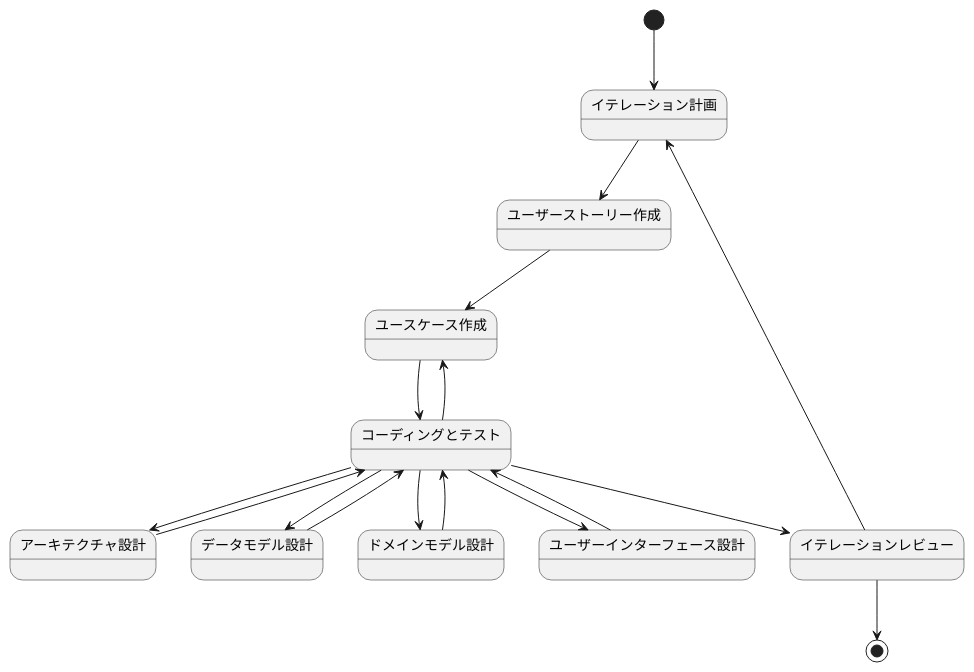
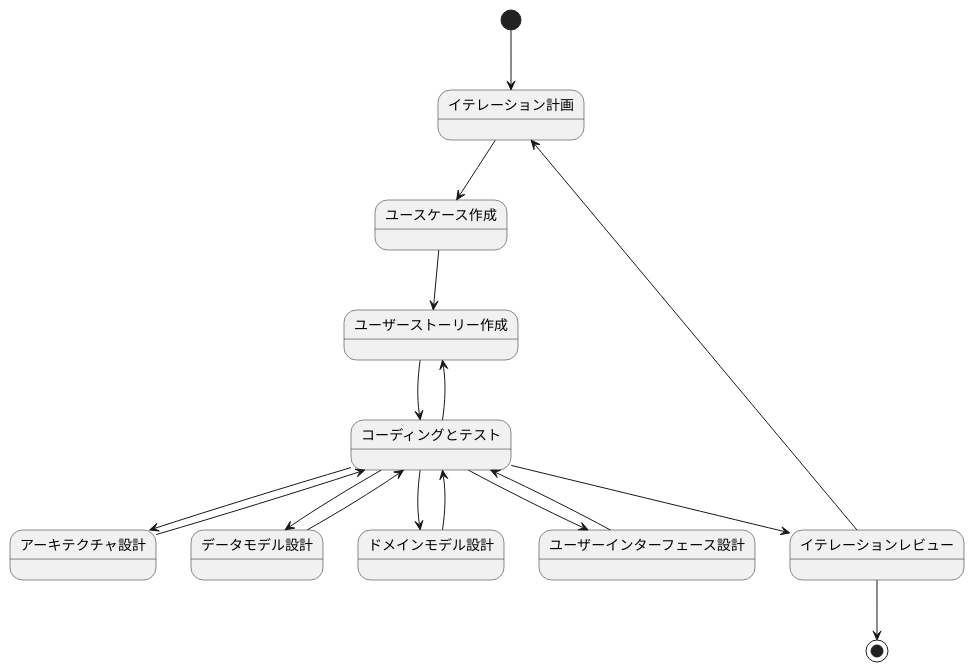
The fifth of 12 diagrams in docs/reference/開発ガイド.md (k2works/ai-programing-exercise), drawn with PlantUML before and after one commit. The commit also changed 1 other file, not shown here.

Commit message:
docs(reference): add detailed coding and testing guide
- Create "コーディングとテストガイド" with TDD principles, best practices, and process overviews
- Include detailed examples of Red-Green-Refactor cycles and testing approaches
- Document iteration workflows, test pyramids, and continuous quality management methods
- Refactor "開発ガイド" process diagram for consistency and logical flow
- Enhance overall documentation clarity and comprehensiveness

````diff
--- a/docs/reference/開発ガイド.md
+++ b/docs/reference/開発ガイド.md
@@ -190,22 +190,22 @@
 ```plantuml
 @startuml
 
 [*] --> イテレーション計画
-イテレーション計画 --> ユーザーストーリー作成
-ユーザーストーリー作成 --> ユースケース作成
-ユースケース作成 --> コーディングとテスト
+イテレーション計画 --> ユースケース作成
+ユースケース作成 --> ユーザーストーリー作成
+ユーザーストーリー作成 --> コーディングとテスト
 アーキテクチャ設計 --> コーディングとテスト
 コーディングとテスト --> アーキテクチャ設計
 データモデル設計 --> コーディングとテスト
 コーディングとテスト --> データモデル設計
 ドメインモデル設計 --> コーディングとテスト
 コーディングとテスト --> ドメインモデル設計
 コーディングとテスト --> ユーザーインターフェース設計
 ユーザーインターフェース設計 --> コーディングとテスト
-コーディングとテスト --> ユースケース作成
+コーディングとテスト --> ユーザーストーリー作成
 コーディングとテスト --> イテレーションレビュー
 イテレーションレビュー --> イテレーション計画
 イテレーションレビュー --> [*]
 
 @enduml
 ```
````
